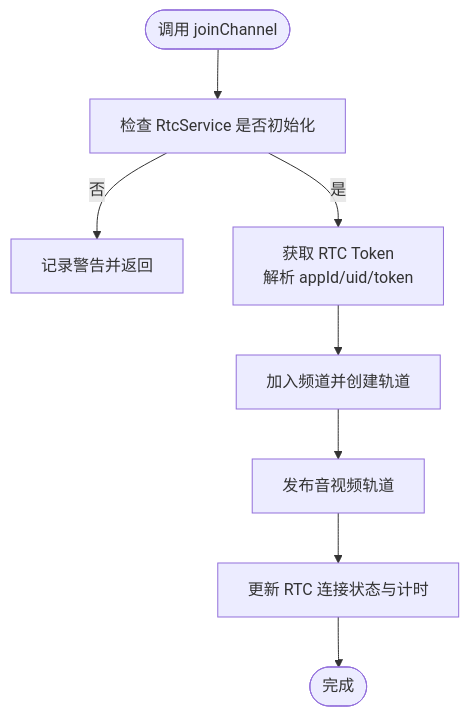
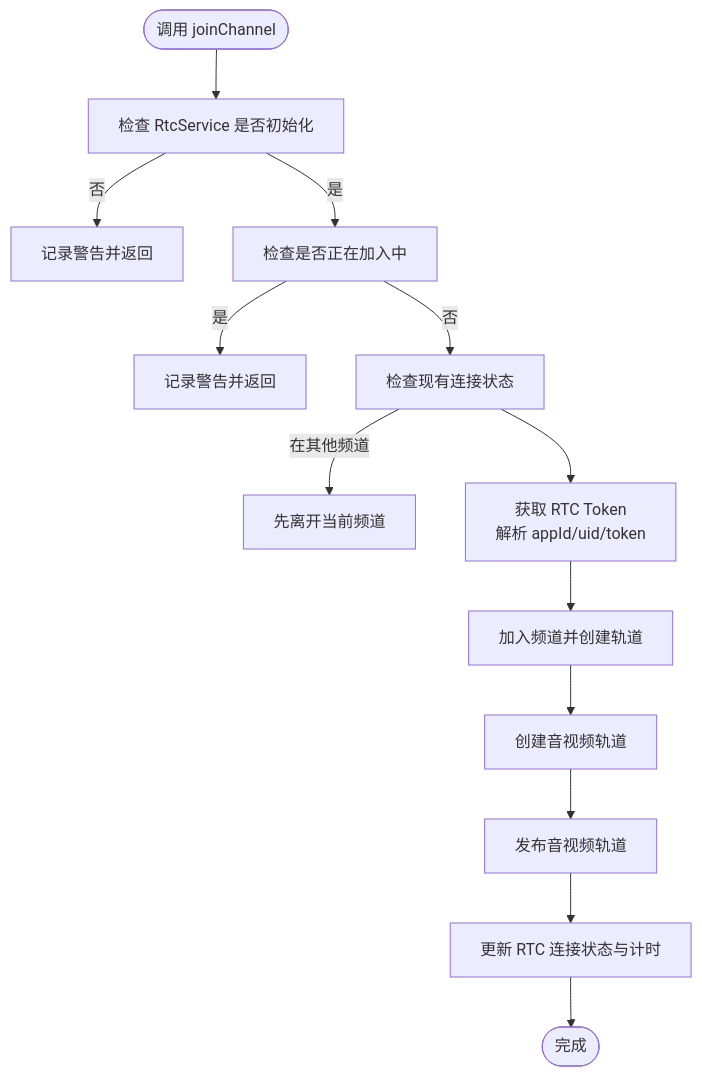
The sixth of 7 diagrams in .qoder/repowiki/zh/content/API 参考/组合式 API/通话控制 API.md (Easemob-Community/easemob-uikit-callkit-vue3), drawn with Mermaid before and after one commit. The commit also changed other lines of this file and 40 other files, not shown here.

````diff
--- a/.qoder/repowiki/zh/content/API 参考/组合式 API/通话控制 API.md
+++ b/.qoder/repowiki/zh/content/API 参考/组合式 API/通话控制 API.md
@@ -379,10 +384,15 @@
 ```mermaid
 flowchart TD
 Start(["调用 joinChannel"]) --> CheckInit["检查 RtcService 是否初始化"]
 CheckInit --> |否| WarnInit["记录警告并返回"]
-CheckInit --> |是| GetToken["获取 RTC Token<br/>解析 appId/uid/token"]
+CheckInit --> |是| CheckJoining["检查是否正在加入中"]
+CheckJoining --> |是| WarnJoining["记录警告并返回"]
+CheckJoining --> |否| CheckExisting["检查现有连接状态"]
+CheckExisting --> |在其他频道| LeaveCurrent["先离开当前频道"]
+CheckExisting --> GetToken["获取 RTC Token<br/>解析 appId/uid/token"]
 GetToken --> Join["加入频道并创建轨道"]
-Join --> Publish["发布音视频轨道"]
+Join --> CreateTracks["创建音视频轨道"]
+CreateTracks --> Publish["发布音视频轨道"]
 Publish --> Update["更新 RTC 连接状态与计时"]
 Update --> End(["完成"])
 ```
````
